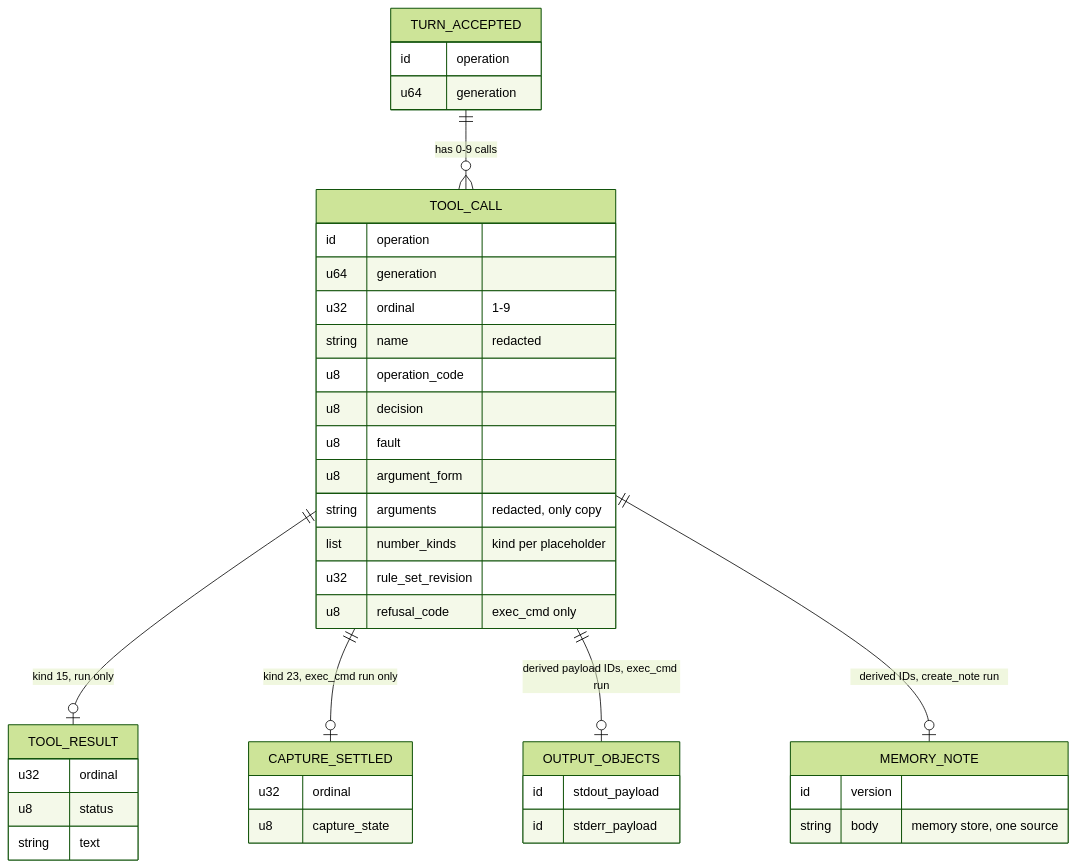
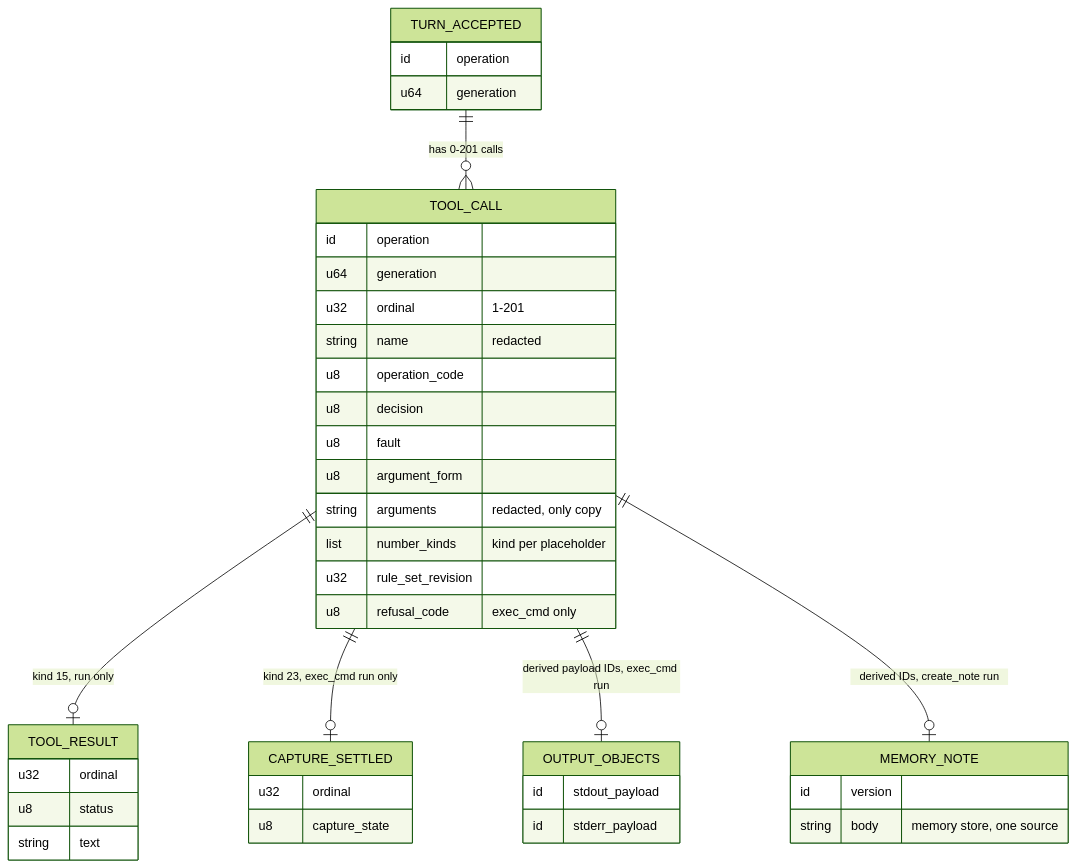
Before and after one commit to pidster/asura: the second of 4 diagrams in docs/designs/tool-call-records.md, drawn with Mermaid (forest theme). The commit also changed other lines of this file and 57 other files, not shown here.

First line of the commit message:
Raise the turn tool-call limit to 200 and remove turn totals

````diff
--- a/docs/designs/tool-call-records.md
+++ b/docs/designs/tool-call-records.md
@@ -540,43 +572,43 @@
 ```mermaid
 erDiagram
-    TURN_ACCEPTED ||--o{ TOOL_CALL : "has 0-9 calls"
+    TURN_ACCEPTED ||--o{ TOOL_CALL : "has 0-201 calls"
     TOOL_CALL ||--o| TOOL_RESULT : "kind 15, run only"
     TOOL_CALL ||--o| CAPTURE_SETTLED : "kind 23, exec_cmd run only"
     TOOL_CALL ||--o| OUTPUT_OBJECTS : "derived payload IDs, exec_cmd run"
     TOOL_CALL ||--o| MEMORY_NOTE : "derived IDs, create_note run"
     TURN_ACCEPTED {
         id operation
         u64 generation
     }
     TOOL_CALL {
         id operation
         u64 generation
-        u32 ordinal "1-9"
+        u32 ordinal "1-201"
         string name "redacted"
         u8 operation_code
         u8 decision
         u8 fault
         u8 argument_form
         string arguments "redacted, only copy"
         list number_kinds "kind per placeholder"
         u32 rule_set_revision
         u8 refusal_code "exec_cmd only"
     }
     TOOL_RESULT {
         u32 ordinal
         u8 status
         string text
     }
     CAPTURE_SETTLED {
         u32 ordinal
         u8 capture_state
     }
     OUTPUT_OBJECTS {
         id stdout_payload
         id stderr_payload
     }
     MEMORY_NOTE {
         id version
         string body "memory store, one source"
     }
 ```
````
